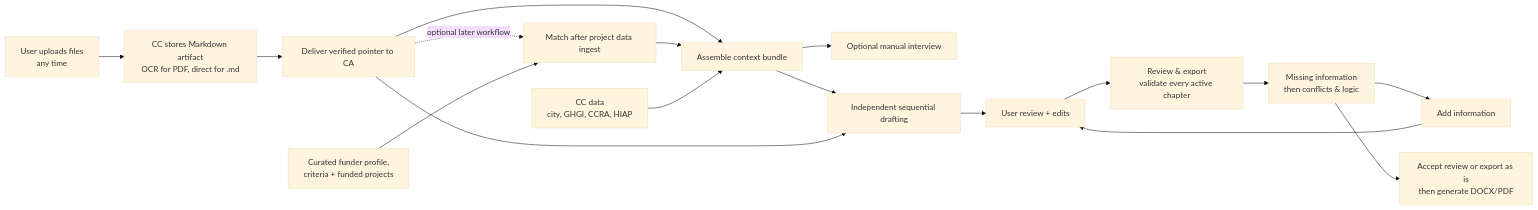
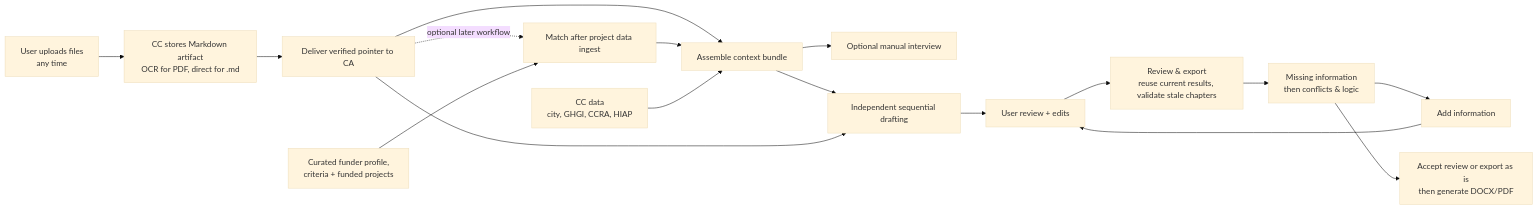
One commit to Open-Earth-Foundation/CityCatalyst changed the second of 14 diagrams in docs/ConceptNoteBuilderArchitecture.md. Above: the diagram before and after it, drawn with Mermaid (base theme). The commit also changed other lines of this file and 25 other files, not shown here.

Commit message:
feat(cnb): improve guided review and export workflow

````diff
--- a/docs/ConceptNoteBuilderArchitecture.md
+++ b/docs/ConceptNoteBuilderArchitecture.md
@@ -197,23 +197,23 @@
 ```mermaid
 flowchart LR
     Context["Assemble context bundle"]
     Context --> Interview["Optional manual interview"]
     Context --> Draft["Independent sequential drafting"]
     Draft --> Review["User review + edits"]
-    Review --> Validate["Review & export<br/>validate every active chapter"]
+    Review --> Validate["Review & export<br/>reuse current results, validate stale chapters"]
     Validate --> Decision["Missing information<br/>then conflicts & logic"]
     Decision --> Revise["Add information"]
     Revise --> Review
     Decision --> Export["Accept review or export as is<br/>then generate DOCX/PDF"]
 
     Upload["User uploads files<br/>any time"] --> Convert["CC stores Markdown artifact<br/>OCR for PDF, direct for .md"]
     Convert --> Ingest["Deliver verified pointer to CA"]
     Ingest --> Context
     Ingest --> Draft
 
     Ingest -. optional later workflow .-> Match["Match after project data ingest"]
     Research["Curated funder profile,<br/>criteria + funded projects"] --> Match
     Match --> Context
 
     CCData["CC data<br/>city, GHGI, CCRA, HIAP"] --> Context
 ```
````
